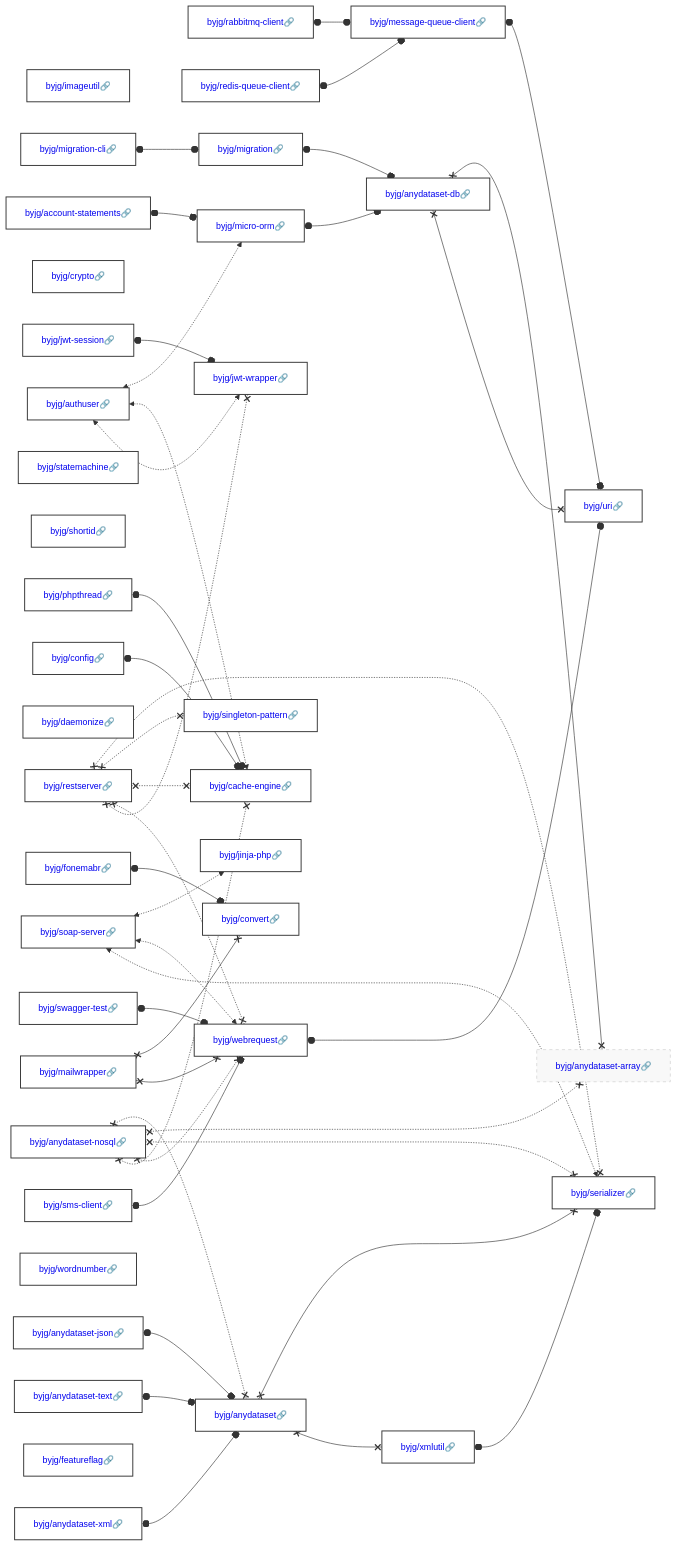
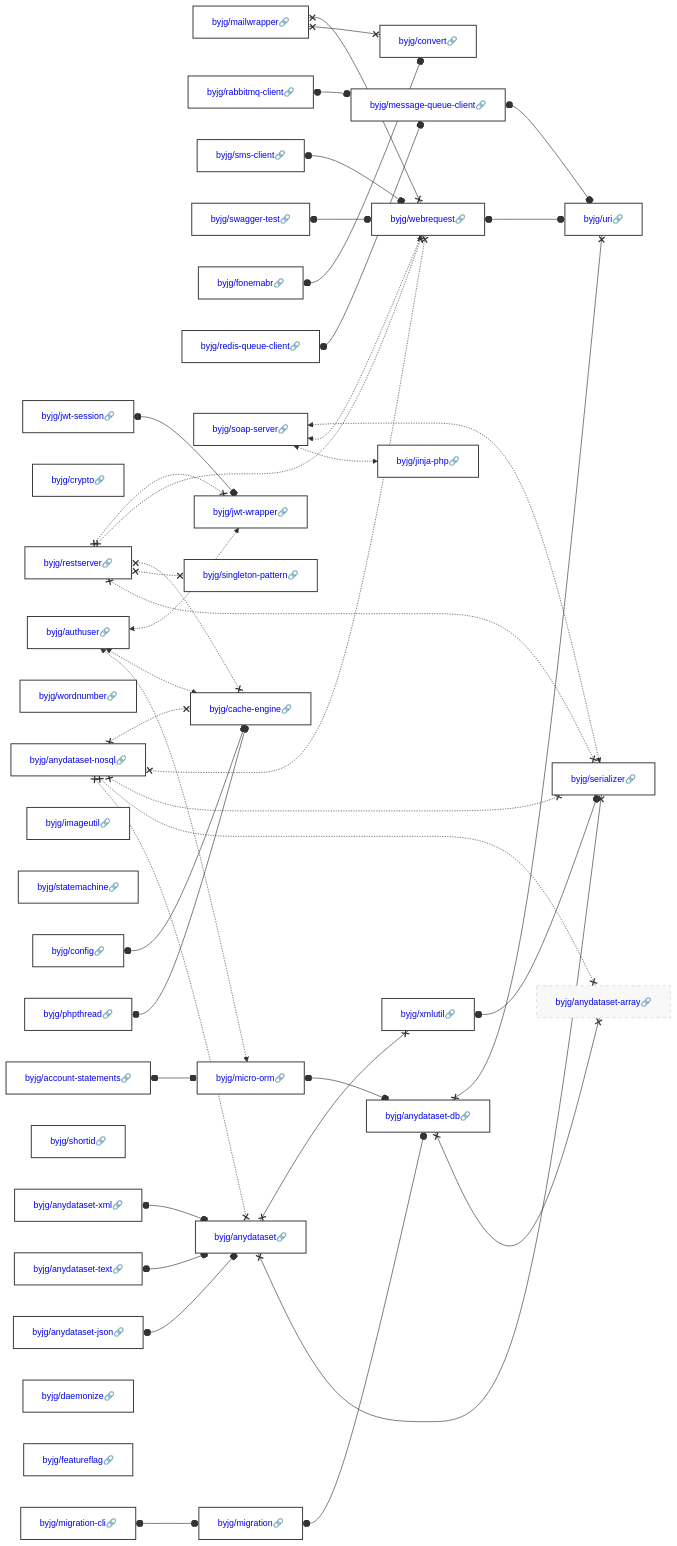
One commit to byjg/byjg.github.io changed the diagram in docs/php/README.md. Above: the diagram before and after it, drawn with Mermaid. The commit also changed other lines of this file and 1 other file, not shown here.

Commit message:
Update documentation 'php' 'php-message-queue-client'

````diff
--- a/docs/php/README.md
+++ b/docs/php/README.md
@@ -3,40 +3,40 @@
 ```mermaid
 graph LR;
-  byjg/imageutil[<a href='https://opensource.byjg.com/docs/php/imageutil' style='text-decoration:none'>byjg/imageutil🔗</a>];
-  byjg/migration-cli[<a href='https://opensource.byjg.com/docs/php/migration-cli' style='text-decoration:none'>byjg/migration-cli🔗</a>];
-  byjg/soap-server[<a href='https://opensource.byjg.com/docs/php/soap-server' style='text-decoration:none'>byjg/soap-server🔗</a>];
+  byjg/restserver[<a href='https://opensource.byjg.com/docs/php/restserver' style='text-decoration:none'>byjg/restserver🔗</a>];
+  byjg/mailwrapper[<a href='https://opensource.byjg.com/docs/php/mailwrapper' style='text-decoration:none'>byjg/mailwrapper🔗</a>];
   byjg/crypto[<a href='https://opensource.byjg.com/docs/php/crypto' style='text-decoration:none'>byjg/crypto🔗</a>];
-  byjg/jwt-session[<a href='https://opensource.byjg.com/docs/php/jwt-session' style='text-decoration:none'>byjg/jwt-session🔗</a>];
-  byjg/swagger-test[<a href='https://opensource.byjg.com/docs/php/swagger-test' style='text-decoration:none'>byjg/swagger-test🔗</a>];
-  byjg/statemachine[<a href='https://opensource.byjg.com/docs/php/statemachine' style='text-decoration:none'>byjg/statemachine🔗</a>];
-  byjg/shortid[<a href='https://opensource.byjg.com/docs/php/shortid' style='text-decoration:none'>byjg/shortid🔗</a>];
-  byjg/restserver[<a href='https://opensource.byjg.com/docs/php/restserver' style='text-decoration:none'>byjg/restserver🔗</a>];
-  byjg/anydataset-text[<a href='https://opensource.byjg.com/docs/php/anydataset-text' style='text-decoration:none'>byjg/anydataset-text🔗</a>];
-  byjg/daemonize[<a href='https://opensource.byjg.com/docs/php/daemonize' style='text-decoration:none'>byjg/daemonize🔗</a>];
   byjg/phpthread[<a href='https://opensource.byjg.com/docs/php/phpthread' style='text-decoration:none'>byjg/phpthread🔗</a>];
   byjg/rabbitmq-client[<a href='https://opensource.byjg.com/docs/php/rabbitmq-client' style='text-decoration:none'>byjg/rabbitmq-client🔗</a>];
-  byjg/sms-client[<a href='https://opensource.byjg.com/docs/php/sms-client' style='text-decoration:none'>byjg/sms-client🔗</a>];
-  byjg/anydataset-nosql[<a href='https://opensource.byjg.com/docs/php/anydataset-nosql' style='text-decoration:none'>byjg/anydataset-nosql🔗</a>];
-  byjg/anydataset-xml[<a href='https://opensource.byjg.com/docs/php/anydataset-xml' style='text-decoration:none'>byjg/anydataset-xml🔗</a>];
-  byjg/redis-queue-client[<a href='https://opensource.byjg.com/docs/php/redis-queue-client' style='text-decoration:none'>byjg/redis-queue-client🔗</a>];
-  byjg/authuser[<a href='https://opensource.byjg.com/docs/php/authuser' style='text-decoration:none'>byjg/authuser🔗</a>];
-  byjg/mailwrapper[<a href='https://opensource.byjg.com/docs/php/mailwrapper' style='text-decoration:none'>byjg/mailwrapper🔗</a>];
   byjg/config[<a href='https://opensource.byjg.com/docs/php/config' style='text-decoration:none'>byjg/config🔗</a>];
   byjg/wordnumber[<a href='https://opensource.byjg.com/docs/php/wordnumber' style='text-decoration:none'>byjg/wordnumber🔗</a>];
   byjg/account-statements[<a href='https://opensource.byjg.com/docs/php/account-statements' style='text-decoration:none'>byjg/account-statements🔗</a>];
+  byjg/sms-client[<a href='https://opensource.byjg.com/docs/php/sms-client' style='text-decoration:none'>byjg/sms-client🔗</a>];
+  byjg/imageutil[<a href='https://opensource.byjg.com/docs/php/imageutil' style='text-decoration:none'>byjg/imageutil🔗</a>];
+  byjg/statemachine[<a href='https://opensource.byjg.com/docs/php/statemachine' style='text-decoration:none'>byjg/statemachine🔗</a>];
+  byjg/swagger-test[<a href='https://opensource.byjg.com/docs/php/swagger-test' style='text-decoration:none'>byjg/swagger-test🔗</a>];
+  byjg/migration-cli[<a href='https://opensource.byjg.com/docs/php/migration-cli' style='text-decoration:none'>byjg/migration-cli🔗</a>];
   byjg/fonemabr[<a href='https://opensource.byjg.com/docs/php/fonemabr' style='text-decoration:none'>byjg/fonemabr🔗</a>];
+  byjg/anydataset-json[<a href='https://opensource.byjg.com/docs/php/anydataset-json' style='text-decoration:none'>byjg/anydataset-json🔗</a>];
+  byjg/jwt-session[<a href='https://opensource.byjg.com/docs/php/jwt-session' style='text-decoration:none'>byjg/jwt-session🔗</a>];
+  byjg/shortid[<a href='https://opensource.byjg.com/docs/php/shortid' style='text-decoration:none'>byjg/shortid🔗</a>];
+  byjg/redis-queue-client[<a href='https://opensource.byjg.com/docs/php/redis-queue-client' style='text-decoration:none'>byjg/redis-queue-client🔗</a>];
+  byjg/authuser[<a href='https://opensource.byjg.com/docs/php/authuser' style='text-decoration:none'>byjg/authuser🔗</a>];
+  byjg/anydataset-xml[<a href='https://opensource.byjg.com/docs/php/anydataset-xml' style='text-decoration:none'>byjg/anydataset-xml🔗</a>];
+  byjg/anydataset-text[<a href='https://opensource.byjg.com/docs/php/anydataset-text' style='text-decoration:none'>byjg/anydataset-text🔗</a>];
+  byjg/daemonize[<a href='https://opensource.byjg.com/docs/php/daemonize' style='text-decoration:none'>byjg/daemonize🔗</a>];
   byjg/featureflag[<a href='https://opensource.byjg.com/docs/php/featureflag' style='text-decoration:none'>byjg/featureflag🔗</a>];
-  byjg/anydataset-json[<a href='https://opensource.byjg.com/docs/php/anydataset-json' style='text-decoration:none'>byjg/anydataset-json🔗</a>];
+  byjg/soap-server[<a href='https://opensource.byjg.com/docs/php/soap-server' style='text-decoration:none'>byjg/soap-server🔗</a>];
+  byjg/anydataset-nosql[<a href='https://opensource.byjg.com/docs/php/anydataset-nosql' style='text-decoration:none'>byjg/anydataset-nosql🔗</a>];
+  byjg/singleton-pattern[<a href='https://opensource.byjg.com/docs/php/singleton-pattern' style='text-decoration:none'>byjg/singleton-pattern🔗</a>];
   byjg/migration[<a href='https://opensource.byjg.com/docs/php/migration' style='text-decoration:none'>byjg/migration🔗</a>];
+  byjg/convert[<a href='https://opensource.byjg.com/docs/php/convert' style='text-decoration:none'>byjg/convert🔗</a>];
+  byjg/message-queue-client[<a href='https://opensource.byjg.com/docs/php/message-queue-client' style='text-decoration:none'>byjg/message-queue-client🔗</a>];
+  byjg/micro-orm[<a href='https://opensource.byjg.com/docs/php/micro-orm' style='text-decoration:none'>byjg/micro-orm🔗</a>];
+  byjg/jwt-wrapper[<a href='https://opensource.byjg.com/docs/php/jwt-wrapper' style='text-decoration:none'>byjg/jwt-wrapper🔗</a>];
   byjg/jinja-php[<a href='https://opensource.byjg.com/docs/php/jinja-php' style='text-decoration:none'>byjg/jinja-php🔗</a>];
-  byjg/singleton-pattern[<a href='https://opensource.byjg.com/docs/php/singleton-pattern' style='text-decoration:none'>byjg/singleton-pattern🔗</a>];
-  byjg/message-queue-client[<a href='https://opensource.byjg.com/docs/php/message-queue-client' style='text-decoration:none'>byjg/message-queue-client🔗</a>];
-  byjg/jwt-wrapper[<a href='https://opensource.byjg.com/docs/php/jwt-wrapper' style='text-decoration:none'>byjg/jwt-wrapper🔗</a>];
+  byjg/anydataset[<a href='https://opensource.byjg.com/docs/php/anydataset' style='text-decoration:none'>byjg/anydataset🔗</a>];
   byjg/webrequest[<a href='https://opensource.byjg.com/docs/php/webrequest' style='text-decoration:none'>byjg/webrequest🔗</a>];
   byjg/cache-engine[<a href='https://opensource.byjg.com/docs/php/cache-engine' style='text-decoration:none'>byjg/cache-engine🔗</a>];
-  byjg/micro-orm[<a href='https://opensource.byjg.com/docs/php/micro-orm' style='text-decoration:none'>byjg/micro-orm🔗</a>];
-  byjg/convert[<a href='https://opensource.byjg.com/docs/php/convert' style='text-decoration:none'>byjg/convert🔗</a>];
-  byjg/anydataset[<a href='https://opensource.byjg.com/docs/php/anydataset' style='text-decoration:none'>byjg/anydataset🔗</a>];
   byjg/anydataset-db[<a href='https://opensource.byjg.com/docs/php/anydataset-db' style='text-decoration:none'>byjg/anydataset-db🔗</a>];
   byjg/xmlutil[<a href='https://opensource.byjg.com/docs/php/xmlutil' style='text-decoration:none'>byjg/xmlutil🔗</a>];
   byjg/anydataset-array[<a href='https://opensource.byjg.com/docs/php/anydataset-array' style='text-decoration:none'>byjg/anydataset-array🔗</a>];
````
